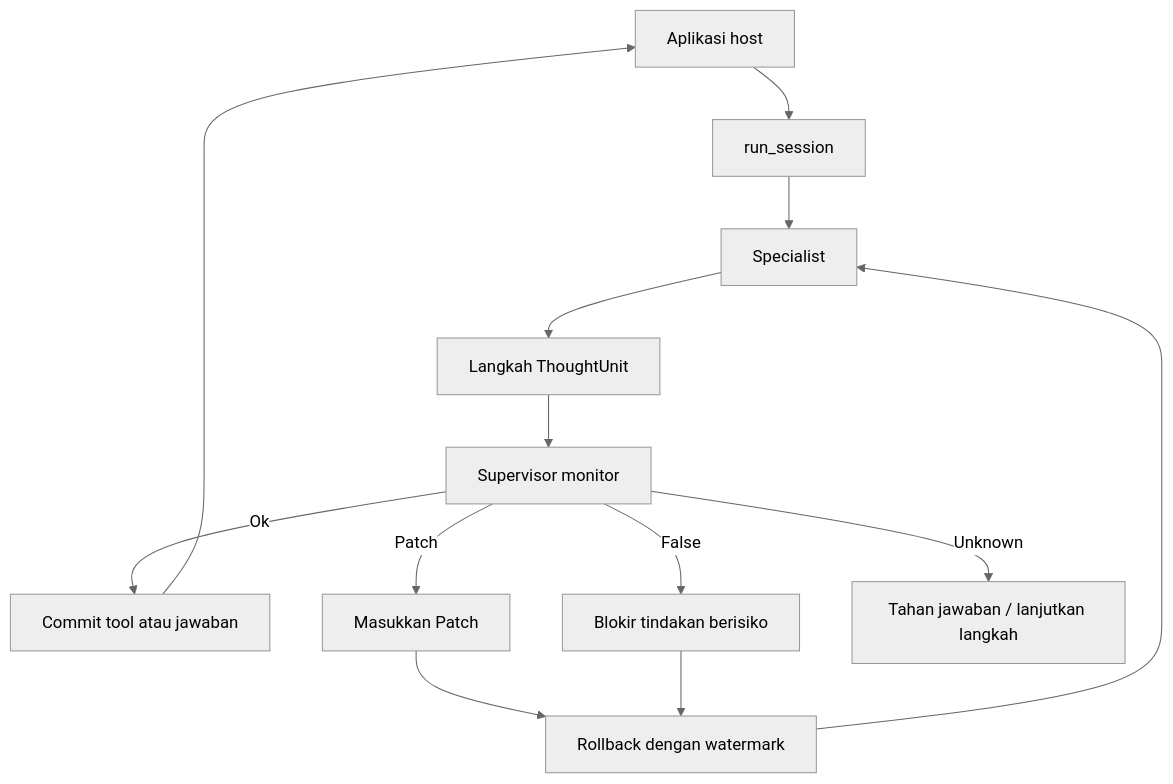
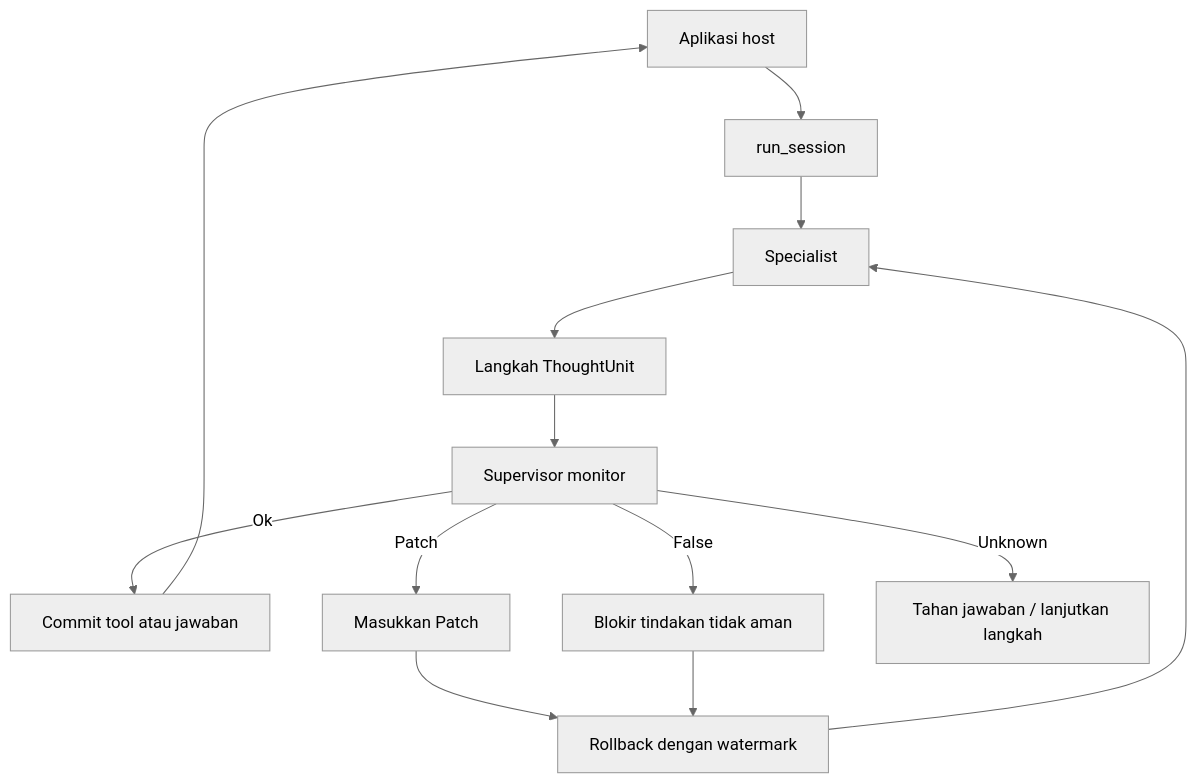
Before and after one commit to BillyBSig/InterrupThink: the diagram in README.id.md, drawn with Mermaid (neutral theme). The commit also changed other lines of this file and 125 other files, not shown here.

````diff
--- a/README.id.md
+++ b/README.id.md
@@ -56,24 +88,24 @@
 ```mermaid
 flowchart TB
   host[Aplikasi host]
   session["run_session"]
   specialist[Specialist]
   units[Langkah ThoughtUnit]
   monitor[Supervisor monitor]
   commit[Commit tool atau jawaban]
   correct[Masukkan Patch]
-  block[Blokir tindakan berisiko]
+  block[Blokir tindakan tidak aman]
   resume[Rollback dengan watermark]
   host --> session
   session --> specialist
   specialist --> units
   units --> monitor
   monitor -->|Ok| commit
   monitor -->|Unknown| hold[Tahan jawaban / lanjutkan langkah]
   monitor -->|Patch| correct
   monitor -->|False| block
   correct --> resume
   block --> resume
   resume --> specialist
   commit --> host
 ```
````
